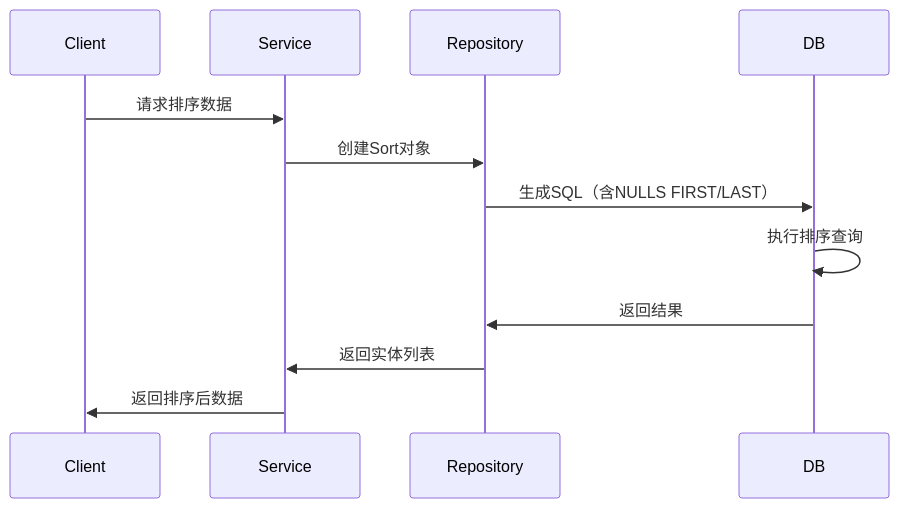
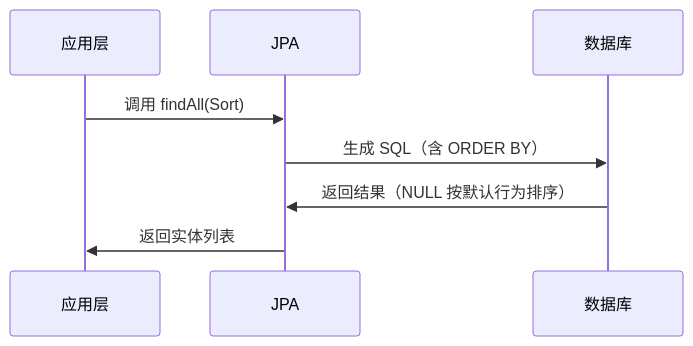
The fourth of 4 diagrams in markdown/2025-09/数据库排序中的null值处理.md (ayuayue/ai-note), drawn with Mermaid before and after one commit. The commit also changed other lines of this file and 7 other files, not shown here.

````diff
--- a/markdown/2025-09/数据库排序中的null值处理.md
+++ b/markdown/2025-09/数据库排序中的null值处理.md
@@ -537,15 +164,7 @@
 ```mermaid
 sequenceDiagram
-    participant Client
-    participant Service
-    participant Repository
-    participant DB
-    
-    Client->>Service: 请求排序数据
-    Service->>Repository: 创建Sort对象
-    Repository->>DB: 生成SQL（含NULLS FIRST/LAST）
-    DB->>DB: 执行排序查询
-    DB->>Repository: 返回结果
-    Repository->>Service: 返回实体列表
-    Service->>Client: 返回排序后数据
+    应用层->>JPA: 调用 findAll(Sort)
+    JPA->>数据库: 生成 SQL（含 ORDER BY）
+    数据库->>JPA: 返回结果（NULL 按默认行为排序）
+    JPA->>应用层: 返回实体列表
 ```
````
